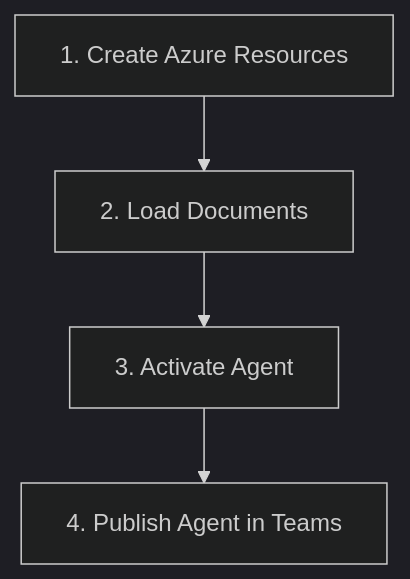
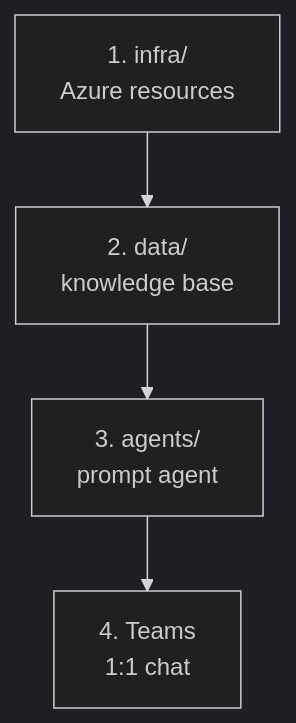
Before and after one commit to kborovik/azure-ai-foundry: the sixth of 6 diagrams in README.md, drawn with Mermaid (dark theme). The commit also changed other lines of this file, not shown here.

````diff
--- a/README.md
+++ b/README.md
@@ -107,6 +107,6 @@
 ```mermaid
 flowchart TB
-  S1[1. Create Azure Resources] --> S2[2. Load Documents]
-  S2 --> S3[3. Activate Agent]
-  S3 --> S4[4. Publish Agent in Teams]
+  S1[1. infra/<br/>Azure resources] --> S2[2. data/<br/>knowledge base]
+  S2 --> S3[3. agents/<br/>prompt agent]
+  S3 --> S4[4. Teams<br/>1:1 chat]
 ```
````
